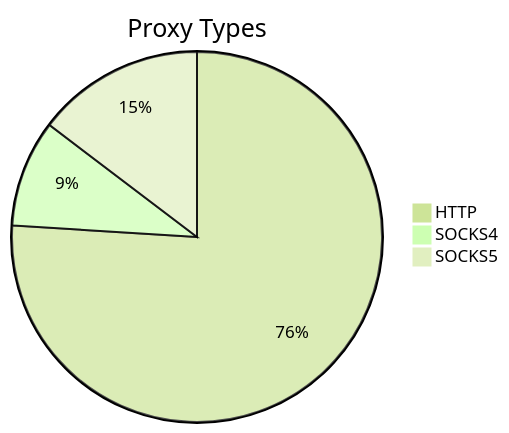
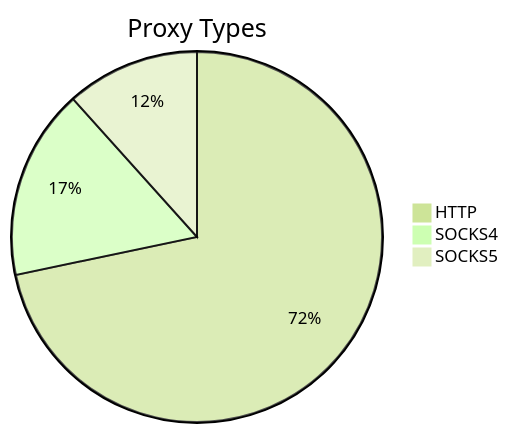
The first of 2 diagrams in README.md (stormsia/proxy-list), drawn with Mermaid (forest theme) before and after one commit. The commit also changed other lines of this file, not shown here.

````diff
--- a/README.md
+++ b/README.md
@@ -21,6 +21,6 @@
 ```mermaid
 pie title Proxy Types
-    "HTTP" : 285
-    "SOCKS4" : 35
-    "SOCKS5" : 55
+    "HTTP" : 431
+    "SOCKS4" : 100
+    "SOCKS5" : 70
 ```
````
